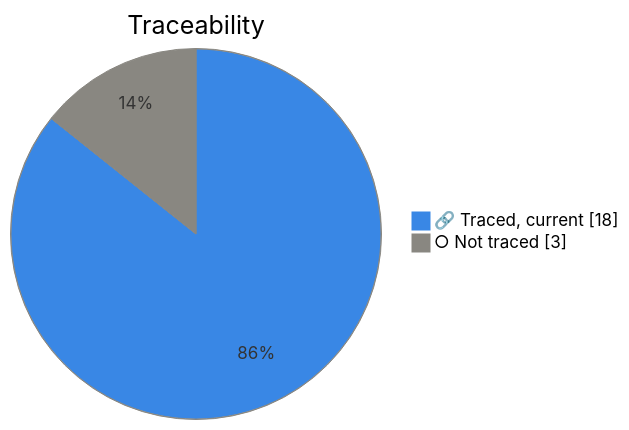
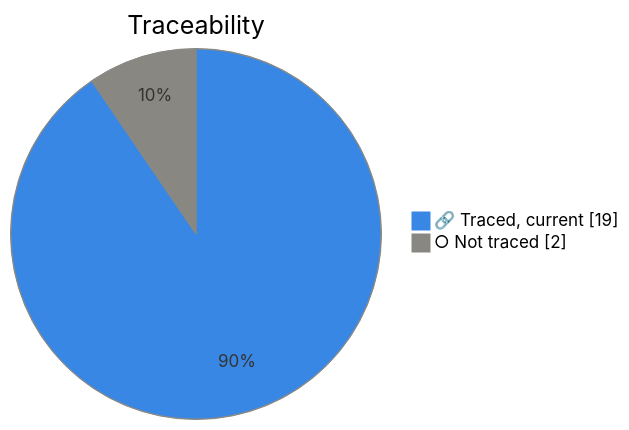
One commit to Top-Q/playwright-typescript changed the third of 4 diagrams in specs/product/vault/Dashboard.md. Above: the diagram before and after it, drawn with Mermaid. The commit also changed other lines of this file and 6 other files, not shown here.

````diff
--- a/specs/product/vault/Dashboard.md
+++ b/specs/product/vault/Dashboard.md
@@ -55,6 +55,6 @@
 ```mermaid
 %%{init: {"themeVariables":{"pie1":"#3987e5","pie2":"#898781","pieOpacity":"1","pieStrokeColor":"#898781","pieStrokeWidth":"1px","pieOuterStrokeColor":"#898781","pieOuterStrokeWidth":"1px"}}}%%
 pie showData title Traceability
-    "🔗 Traced, current" : 18
-    "○ Not traced" : 3
+    "🔗 Traced, current" : 19
+    "○ Not traced" : 2
 ```
````
